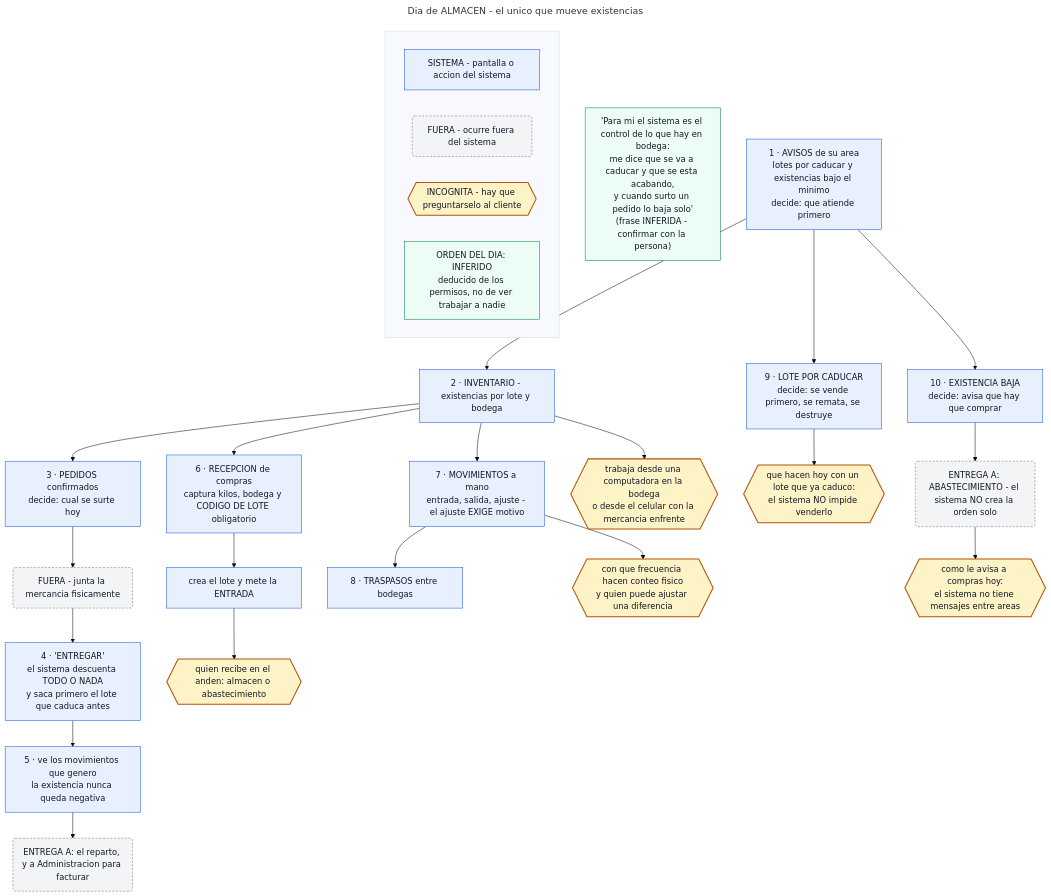
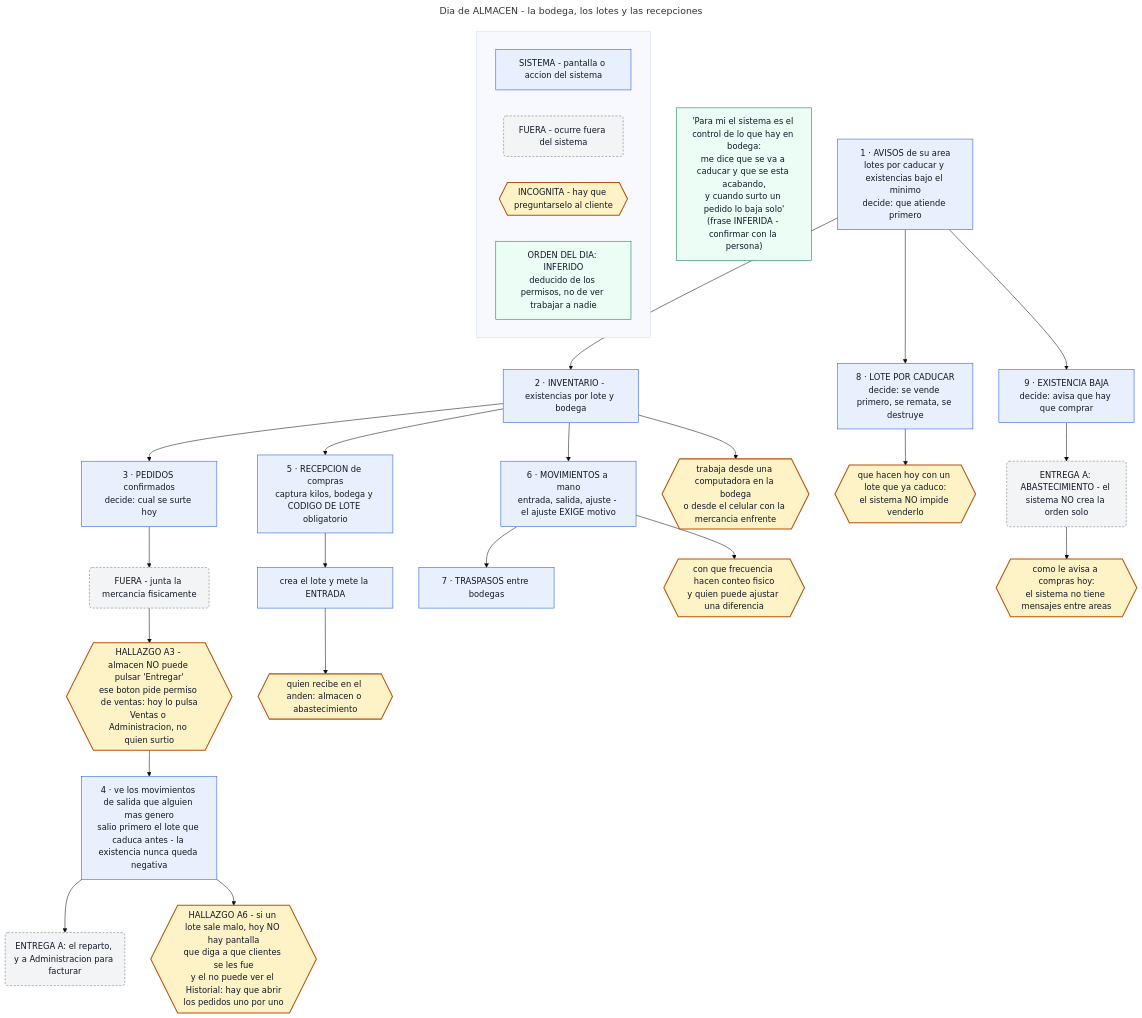
The diagram in docs/diagrams/16_uso_almacen.mmd (erimaan13-cmd/lahuerta-crm), drawn with Mermaid (base theme) before and after one commit. The commit also changed 21 other files, not shown here.

First line of the commit message:
Sincroniza los diagramas con la auditoría y agrega la guía de junta

```diff
--- a/docs/diagrams/16_uso_almacen.mmd
+++ b/docs/diagrams/16_uso_almacen.mmd
@@ -1,47 +1,48 @@
 ---
-title: Dia de ALMACEN - el unico que mueve existencias
+title: Dia de ALMACEN - la bodega, los lotes y las recepciones
 ---
 flowchart TB
   subgraph LEYENDA[" "]
     L1["SISTEMA - pantalla o accion del sistema"]
     L2("FUERA - ocurre fuera del sistema")
     L3{{"INCOGNITA - hay que preguntarselo al cliente"}}
     L4["ORDEN DEL DIA: INFERIDO<br/>deducido de los permisos, no de ver trabajar a nadie"]
   end
 
   F1["'Para mi el sistema es el control de lo que hay en bodega:<br/>me dice que se va a caducar y que se esta acabando,<br/>y cuando surto un pedido lo baja solo'<br/>(frase INFERIDA - confirmar con la persona)"]
 
   A1["1 · AVISOS de su area<br/>lotes por caducar y existencias bajo el minimo<br/>decide: que atiende primero"]
   A1 --> A2["2 · INVENTARIO - existencias por lote y bodega"]
 
   A2 --> B1["3 · PEDIDOS confirmados<br/>decide: cual se surte hoy"]
   B1 --> B2("FUERA - junta la mercancia fisicamente")
-  B2 --> B3["4 · 'ENTREGAR'<br/>el sistema descuenta TODO O NADA<br/>y saca primero el lote que caduca antes"]
-  B3 --> B4["5 · ve los movimientos que genero<br/>la existencia nunca queda negativa"]
+  B2 --> B3{{"HALLAZGO A3 - almacen NO puede pulsar 'Entregar'<br/>ese boton pide permiso de ventas: hoy lo pulsa<br/>Ventas o Administracion, no quien surtio"}}
+  B3 --> B4["4 · ve los movimientos de salida que alguien mas genero<br/>salio primero el lote que caduca antes - la existencia nunca queda negativa"]
   B4 --> C9("ENTREGA A: el reparto, y a Administracion para facturar")
 
-  A2 --> D1["6 · RECEPCION de compras<br/>captura kilos, bodega y CODIGO DE LOTE obligatorio"]
+  A2 --> D1["5 · RECEPCION de compras<br/>captura kilos, bodega y CODIGO DE LOTE obligatorio"]
   D1 --> D2["crea el lote y mete la ENTRADA"]
   D2 --> D3{{"quien recibe en el anden: almacen o abastecimiento"}}
 
-  A2 --> E1["7 · MOVIMIENTOS a mano<br/>entrada, salida, ajuste - el ajuste EXIGE motivo"]
-  E1 --> E2["8 · TRASPASOS entre bodegas"]
+  A2 --> E1["6 · MOVIMIENTOS a mano<br/>entrada, salida, ajuste - el ajuste EXIGE motivo"]
+  E1 --> E2["7 · TRASPASOS entre bodegas"]
   E1 --> E3{{"con que frecuencia hacen conteo fisico<br/>y quien puede ajustar una diferencia"}}
 
-  A1 --> F2["9 · LOTE POR CADUCAR<br/>decide: se vende primero, se remata, se destruye"]
+  A1 --> F2["8 · LOTE POR CADUCAR<br/>decide: se vende primero, se remata, se destruye"]
   F2 --> F3{{"que hacen hoy con un lote que ya caduco:<br/>el sistema NO impide venderlo"}}
 
-  A1 --> G1["10 · EXISTENCIA BAJA<br/>decide: avisa que hay que comprar"]
+  A1 --> G1["9 · EXISTENCIA BAJA<br/>decide: avisa que hay que comprar"]
   G1 --> G2("ENTREGA A: ABASTECIMIENTO - el sistema NO crea la orden solo")
   G2 --> G3{{"como le avisa a compras hoy:<br/>el sistema no tiene mensajes entre areas"}}
 
   A2 --> H1{{"trabaja desde una computadora en la bodega<br/>o desde el celular con la mercancia enfrente"}}
+  B4 --> H2{{"HALLAZGO A6 - si un lote sale malo, hoy NO hay pantalla<br/>que diga a que clientes se les fue<br/>y el no puede ver el Historial: hay que abrir<br/>los pedidos uno por uno"}}
 
   classDef sistema fill:#e8f0fe,stroke:#1a56db,color:#111827
   classDef fuera fill:#f3f4f6,stroke:#6b7280,color:#111827,stroke-dasharray: 4 3
   classDef incognita fill:#fef3c7,stroke:#b45309,color:#111827,stroke-width:2px
   classDef frase fill:#ecfdf5,stroke:#047857,color:#111827
-  class L1,A1,A2,B1,B3,B4,D1,D2,E1,E2,F2,G1 sistema
+  class L1,A1,A2,B1,B4,D1,D2,E1,E2,F2,G1 sistema
   class L2,B2,C9,G2 fuera
-  class L3,D3,E3,F3,G3,H1 incognita
+  class L3,B3,D3,E3,F3,G3,H1,H2 incognita
   class F1,L4 frase
```
